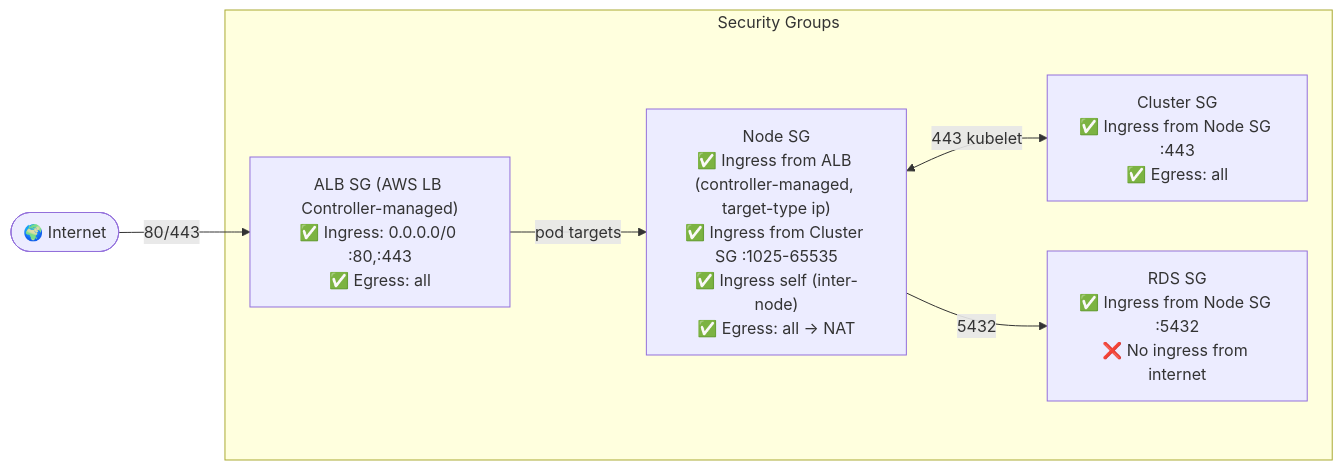
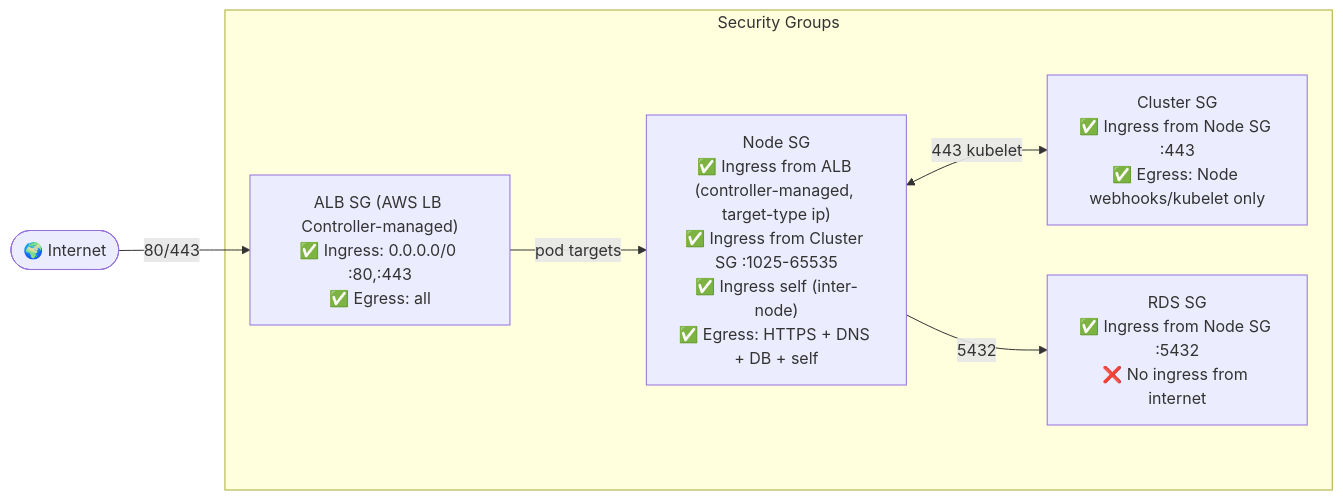
Before and after one commit to Github-Arun-Repo/terraform-labs: the third of 7 diagrams in terraform/README.md, drawn with Mermaid. The commit also changed other lines of this file and 24 other files, not shown here.

````diff
--- a/terraform/README.md
+++ b/terraform/README.md
@@ -118,17 +118,17 @@
 ```mermaid
 %%{init: {'theme':'default','flowchart':{'useMaxWidth':true,'htmlLabels':true}}}%%
 flowchart LR
 	INET(["🌍 Internet"])
 
 	subgraph SGS["Security Groups"]
 		ALB_SG["ALB SG (AWS LB Controller-managed)\n✅ Ingress: 0.0.0.0/0 :80,:443\n✅ Egress: all"]
-		NODE_SG["Node SG\n✅ Ingress from ALB (controller-managed, target-type ip)\n✅ Ingress from Cluster SG :1025-65535\n✅ Ingress self (inter-node)\n✅ Egress: all → NAT"]
-		CLUSTER_SG["Cluster SG\n✅ Ingress from Node SG :443\n✅ Egress: all"]
+		NODE_SG["Node SG\n✅ Ingress from ALB (controller-managed, target-type ip)\n✅ Ingress from Cluster SG :1025-65535\n✅ Ingress self (inter-node)\n✅ Egress: HTTPS + DNS + DB + self"]
+		CLUSTER_SG["Cluster SG\n✅ Ingress from Node SG :443\n✅ Egress: Node webhooks/kubelet only"]
 		RDS_SG["RDS SG\n✅ Ingress from Node SG :5432\n❌ No ingress from internet"]
 	end
 
 	INET -->|"80/443"| ALB_SG
 	ALB_SG -->|"pod targets"| NODE_SG
 	NODE_SG <-->|"443 kubelet"| CLUSTER_SG
 	NODE_SG -->|"5432"| RDS_SG
 ```
````
